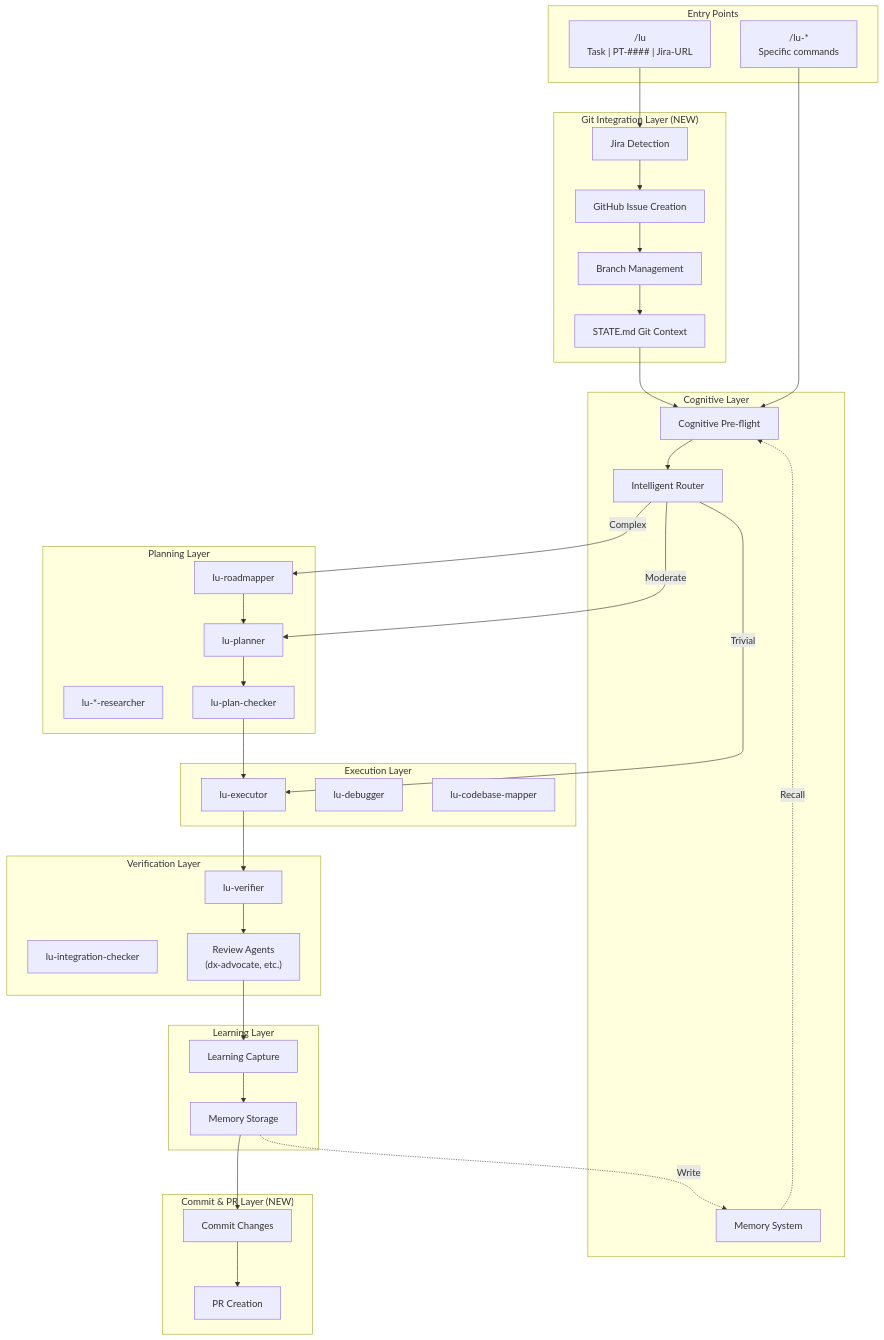
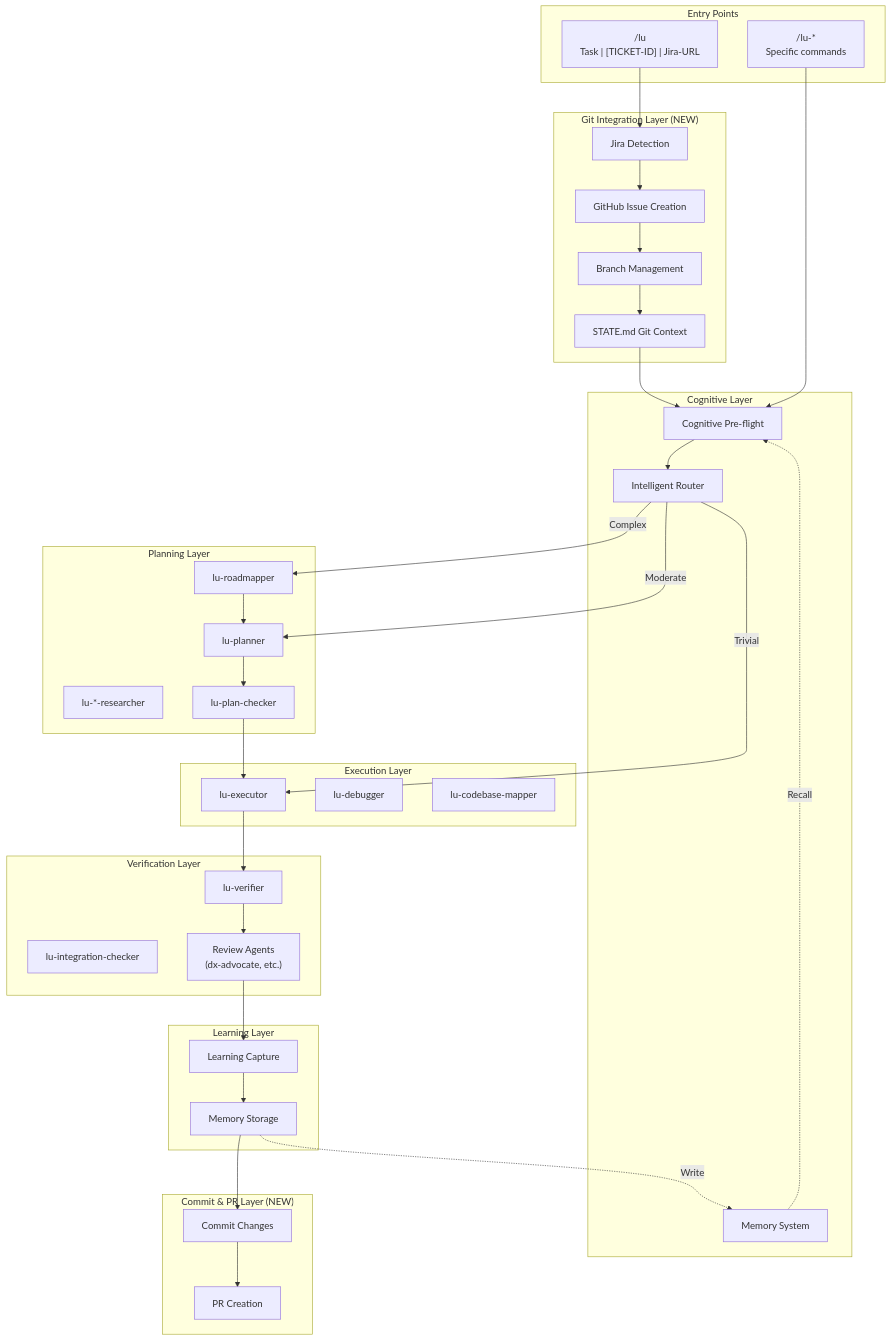
Before and after one commit to asibilia/luca-framework: the first of 3 diagrams in docs/agent-framework/luca/architecture-plan.md, drawn with Mermaid. The commit also changed other lines of this file and 205 other files, not shown here.

````diff
--- a/docs/agent-framework/luca/architecture-plan.md
+++ b/docs/agent-framework/luca/architecture-plan.md
@@ -5,67 +5,67 @@
 ```mermaid
 flowchart TB
     subgraph Entry["Entry Points"]
-        SINGLE["/lu<br/>Task | PT-#### | Jira-URL"]
+        SINGLE["/lu<br/>Task | [TICKET-ID] | Jira-URL"]
         SPECIFIC["/lu-*<br/>Specific commands"]
     end
 
     subgraph Git["Git Integration Layer (NEW)"]
         JIRA["Jira Detection"]
         ISSUE["GitHub Issue Creation"]
         BRANCH["Branch Management"]
         STATE["STATE.md Git Context"]
     end
 
     subgraph Cognitive["Cognitive Layer"]
         PREFLIGHT["Cognitive Pre-flight"]
         MEMORY["Memory System"]
         ROUTING["Intelligent Router"]
     end
 
     subgraph Planning["Planning Layer"]
         ROADMAP["lu-roadmapper"]
         PLANNER["lu-planner"]
         RESEARCHER["lu-*-researcher"]
         CHECKER["lu-plan-checker"]
     end
 
     subgraph Execution["Execution Layer"]
         EXECUTOR["lu-executor"]
         DEBUGGER["lu-debugger"]
         MAPPER["lu-codebase-mapper"]
     end
 
     subgraph Verification["Verification Layer"]
         VERIFIER["lu-verifier"]
         INTEG["lu-integration-checker"]
         REVIEW["Review Agents<br/>(dx-advocate, etc.)"]
     end
 
     subgraph Learning["Learning Layer"]
         CAPTURE["Learning Capture"]
         STORE["Memory Storage"]
     end
 
     subgraph Commit["Commit & PR Layer (NEW)"]
         COMMIT["Commit Changes"]
         PR["PR Creation"]
     end
 
     SINGLE --> JIRA
     JIRA --> ISSUE --> BRANCH --> STATE
     STATE --> PREFLIGHT
     SPECIFIC --> PREFLIGHT
     PREFLIGHT --> ROUTING
     ROUTING -->|"Trivial"| EXECUTOR
     ROUTING -->|"Moderate"| PLANNER
     ROUTING -->|"Complex"| ROADMAP
     ROADMAP --> PLANNER
     PLANNER --> CHECKER --> EXECUTOR
     EXECUTOR --> VERIFIER
     VERIFIER --> REVIEW
     REVIEW --> CAPTURE --> STORE
     STORE --> COMMIT --> PR
 
     MEMORY -.->|"Recall"| PREFLIGHT
     STORE -.->|"Write"| MEMORY
 ```
````
